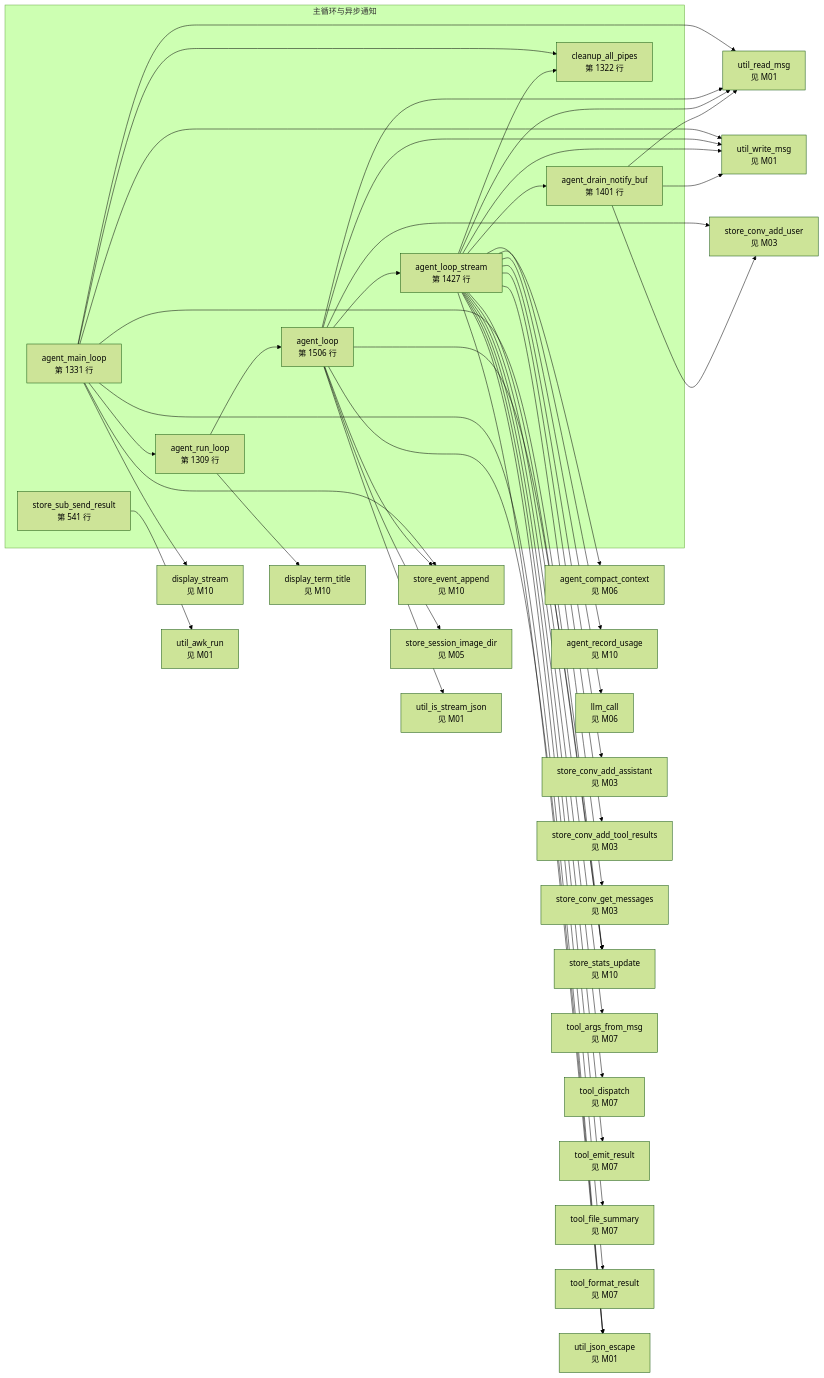
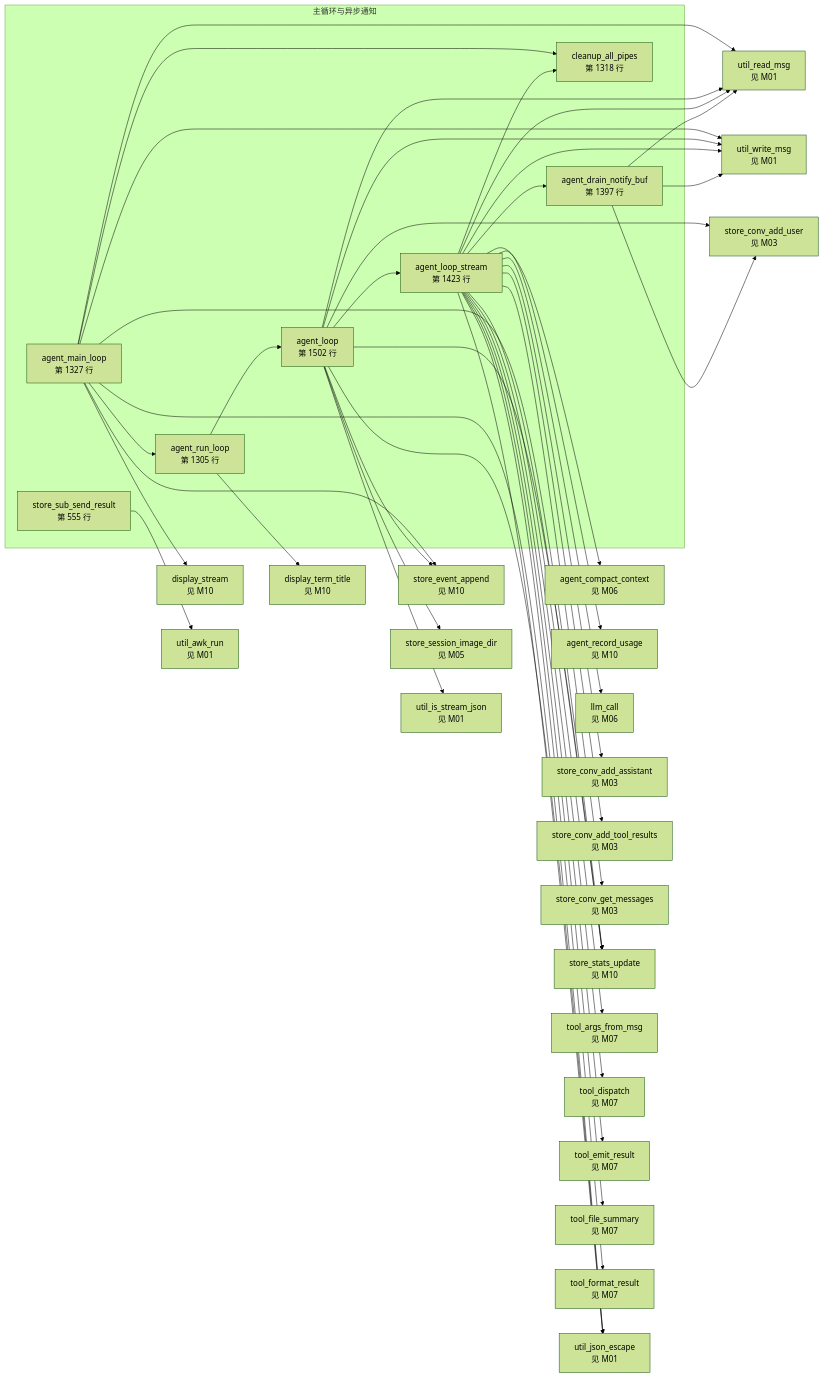
Diagram 11 of 15 in docs/bash-data-flow.md (lloydzhou/bash-agent), drawn with Mermaid (forest theme) before and after one commit. The commit also changed other lines of this file and 3 other files, not shown here.

````diff
--- a/docs/bash-data-flow.md
+++ b/docs/bash-data-flow.md
@@ -445,74 +443,74 @@
 ```mermaid
 flowchart LR
   subgraph mod_9["主循环与异步通知"]
-    f_agent_main_loop["agent_main_loop<br/>第 1331 行"]
-    f_agent_run_loop["agent_run_loop<br/>第 1309 行"]
-    f_agent_loop["agent_loop<br/>第 1506 行"]
-    f_agent_loop_stream["agent_loop_stream<br/>第 1427 行"]
-    f_agent_drain_notify_buf["agent_drain_notify_buf<br/>第 1401 行"]
-    f_store_sub_send_result["store_sub_send_result<br/>第 541 行"]
-    f_cleanup_all_pipes["cleanup_all_pipes<br/>第 1322 行"]
+    f_agent_main_loop["agent_main_loop<br/>第 1327 行"]
+    f_agent_run_loop["agent_run_loop<br/>第 1305 行"]
+    f_agent_loop["agent_loop<br/>第 1502 行"]
+    f_agent_loop_stream["agent_loop_stream<br/>第 1423 行"]
+    f_agent_drain_notify_buf["agent_drain_notify_buf<br/>第 1397 行"]
+    f_store_sub_send_result["store_sub_send_result<br/>第 555 行"]
+    f_cleanup_all_pipes["cleanup_all_pipes<br/>第 1318 行"]
   end
   f_agent_compact_context["agent_compact_context<br/>见 M06"]
   f_agent_record_usage["agent_record_usage<br/>见 M10"]
   f_display_stream["display_stream<br/>见 M10"]
   f_display_term_title["display_term_title<br/>见 M10"]
   f_llm_call["llm_call<br/>见 M06"]
   f_store_conv_add_assistant["store_conv_add_assistant<br/>见 M03"]
   f_store_conv_add_tool_results["store_conv_add_tool_results<br/>见 M03"]
   f_store_conv_add_user["store_conv_add_user<br/>见 M03"]
   f_store_conv_get_messages["store_conv_get_messages<br/>见 M03"]
   f_store_event_append["store_event_append<br/>见 M10"]
   f_store_session_image_dir["store_session_image_dir<br/>见 M05"]
   f_store_stats_update["store_stats_update<br/>见 M10"]
   f_tool_args_from_msg["tool_args_from_msg<br/>见 M07"]
   f_tool_dispatch["tool_dispatch<br/>见 M07"]
   f_tool_emit_result["tool_emit_result<br/>见 M07"]
   f_tool_file_summary["tool_file_summary<br/>见 M07"]
   f_tool_format_result["tool_format_result<br/>见 M07"]
   f_util_awk_run["util_awk_run<br/>见 M01"]
   f_util_is_stream_json["util_is_stream_json<br/>见 M01"]
   f_util_json_escape["util_json_escape<br/>见 M01"]
   f_util_read_msg["util_read_msg<br/>见 M01"]
   f_util_write_msg["util_write_msg<br/>见 M01"]
   f_agent_main_loop --> f_util_read_msg
   f_agent_main_loop --> f_util_write_msg
   f_agent_main_loop --> f_display_stream
   f_agent_main_loop --> f_store_event_append
   f_agent_main_loop --> f_util_json_escape
   f_agent_main_loop --> f_store_stats_update
   f_agent_main_loop --> f_agent_run_loop
   f_agent_main_loop --> f_cleanup_all_pipes
   f_agent_run_loop --> f_agent_loop
   f_agent_run_loop --> f_display_term_title
   f_agent_loop --> f_store_event_append
   f_agent_loop --> f_util_json_escape
   f_agent_loop --> f_store_session_image_dir
   f_agent_loop --> f_store_conv_add_user
   f_agent_loop --> f_store_stats_update
   f_agent_loop --> f_agent_loop_stream
   f_agent_loop --> f_util_read_msg
   f_agent_loop --> f_util_is_stream_json
   f_agent_loop --> f_util_write_msg
   f_agent_loop_stream --> f_cleanup_all_pipes
   f_agent_loop_stream --> f_agent_drain_notify_buf
   f_agent_loop_stream --> f_agent_compact_context
   f_agent_loop_stream --> f_util_write_msg
   f_agent_loop_stream --> f_store_conv_get_messages
   f_agent_loop_stream --> f_llm_call
   f_agent_loop_stream --> f_util_read_msg
   f_agent_loop_stream --> f_tool_args_from_msg
   f_agent_loop_stream --> f_tool_dispatch
   f_agent_loop_stream --> f_tool_format_result
   f_agent_loop_stream --> f_tool_file_summary
   f_agent_loop_stream --> f_util_json_escape
   f_agent_loop_stream --> f_tool_emit_result
   f_agent_loop_stream --> f_agent_record_usage
   f_agent_loop_stream --> f_store_stats_update
   f_agent_loop_stream --> f_store_conv_add_assistant
   f_agent_loop_stream --> f_store_conv_add_tool_results
   f_agent_drain_notify_buf --> f_util_read_msg
   f_agent_drain_notify_buf --> f_util_write_msg
   f_agent_drain_notify_buf --> f_store_conv_add_user
   f_store_sub_send_result --> f_util_awk_run
 ```
````
